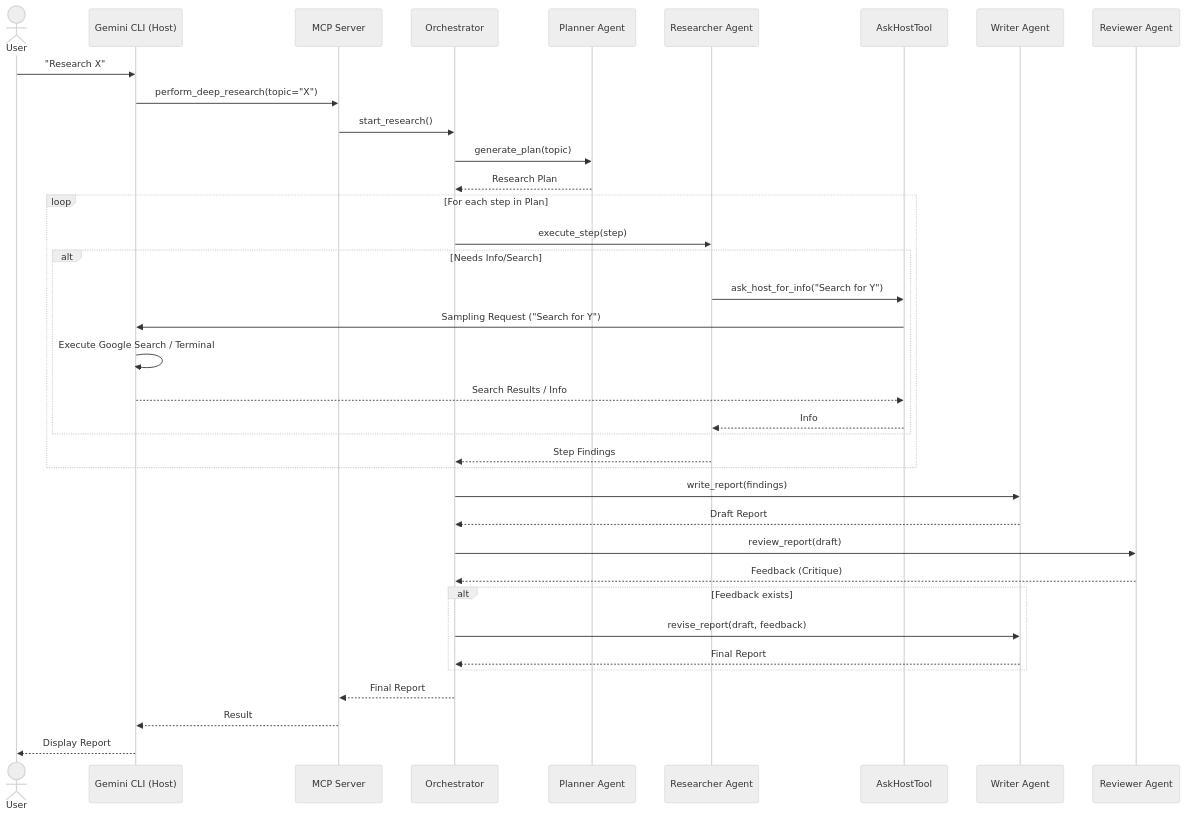
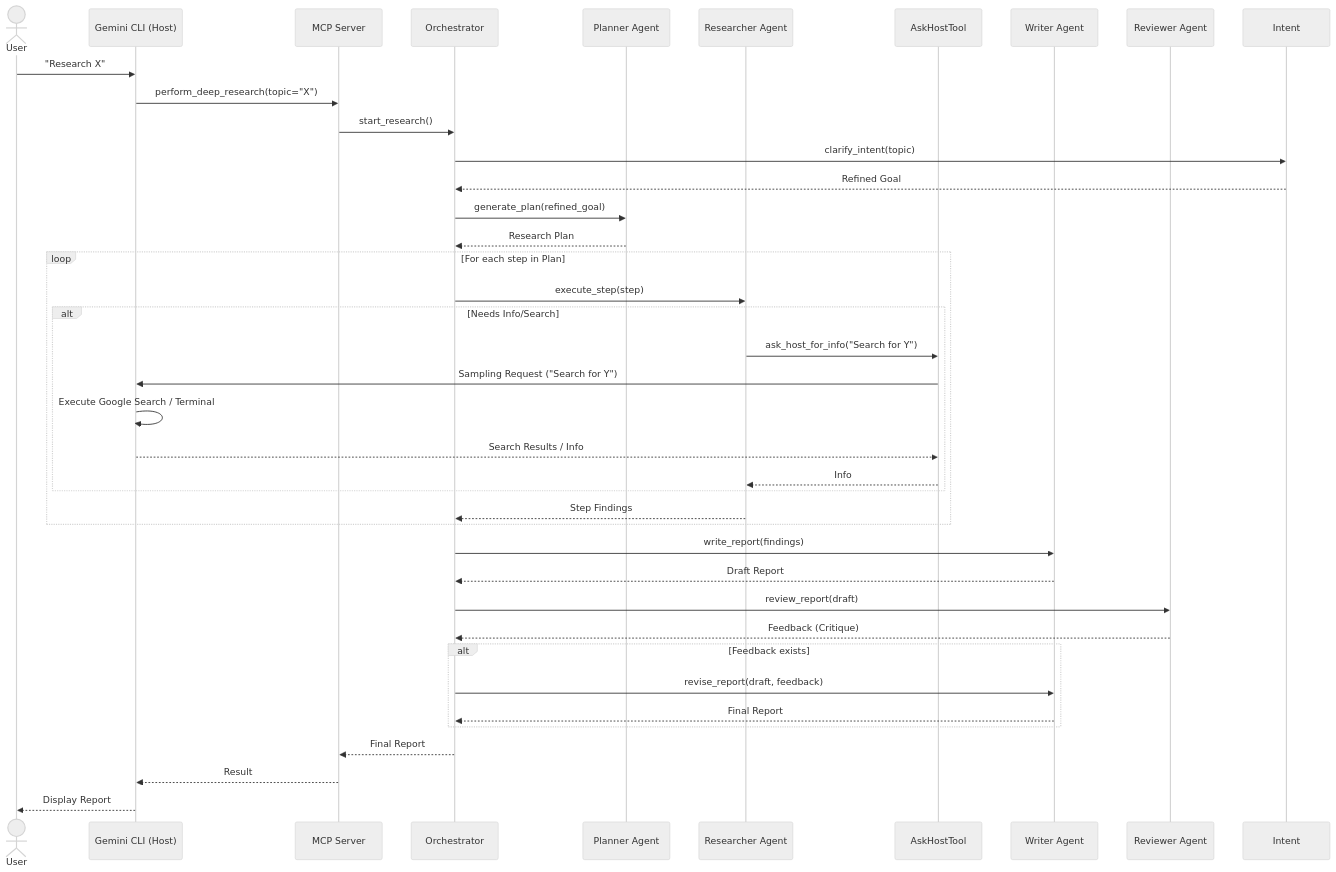
One commit to ic3land3r/Deep-Research-for-CLI changed the first of 5 diagrams in README.md. Above: the diagram before and after it, drawn with Mermaid (neutral theme). The commit also changed other lines of this file and 2 other files, not shown here.

Commit message:
feat: Add Intent Extractor agent and update architecture

````diff
--- a/README.md
+++ b/README.md
@@ -41,53 +43,57 @@
 ```mermaid
 sequenceDiagram
     actor User
     participant Host as Gemini CLI (Host)
     participant Server as MCP Server
     participant Orch as Orchestrator
     participant Plan as Planner Agent
     participant Res as Researcher Agent
     participant Tool as AskHostTool
     participant Write as Writer Agent
     participant Rev as Reviewer Agent
 
     User->>Host: "Research X"
     Host->>Server: perform_deep_research(topic="X")
     Server->>Orch: start_research()
     
+    %% Intent Extraction
+    Orch->>Intent: clarify_intent(topic)
+    Intent-->>Orch: Refined Goal
+
     %% Planning Phase
-    Orch->>Plan: generate_plan(topic)
+    Orch->>Plan: generate_plan(refined_goal)
     Plan-->>Orch: Research Plan
 
     %% Research Phase (Loop)
     loop For each step in Plan
         Orch->>Res: execute_step(step)
         
         %% Recursive Host Query
         alt Needs Info/Search
             Res->>Tool: ask_host_for_info("Search for Y")
             Tool->>Host: Sampling Request ("Search for Y")
             Host->>Host: Execute Google Search / Terminal
             Host-->>Tool: Search Results / Info
             Tool-->>Res: Info
         end
         
         Res-->>Orch: Step Findings
     end
 
     %% Writing Phase
     Orch->>Write: write_report(findings)
     Write-->>Orch: Draft Report
 
     %% Review Phase (Cycle 3)
     Orch->>Rev: review_report(draft)
     Rev-->>Orch: Feedback (Critique)
     
     alt Feedback exists
         Orch->>Write: revise_report(draft, feedback)
         Write-->>Orch: Final Report
     end
 
     Orch-->>Server: Final Report
     Server-->>Host: Result
     Host-->>User: Display Report
 ```
````
